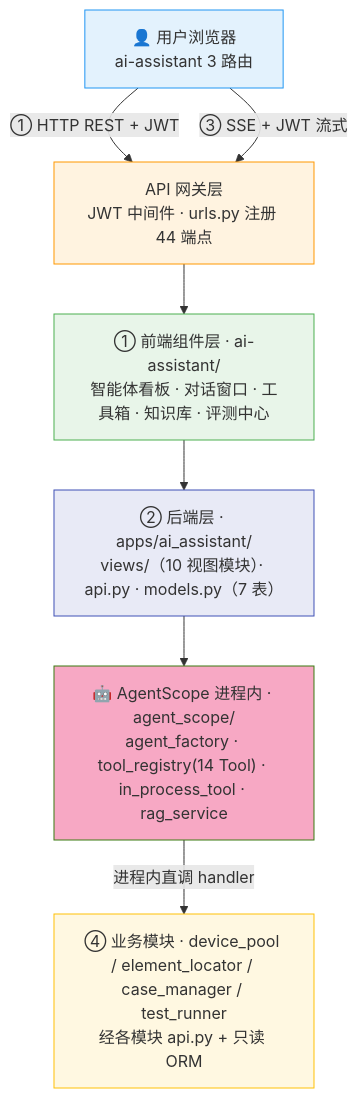
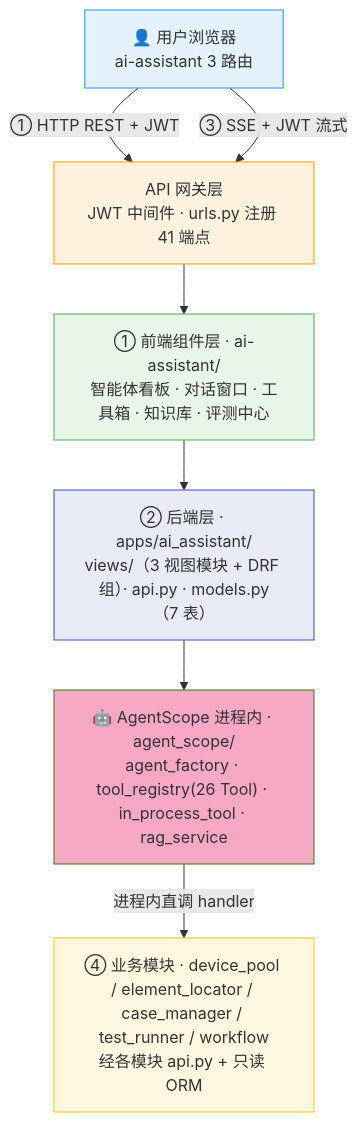
Before and after one commit to Kahoku-lazy/Android-AutoTests: the first of 5 diagrams in dev_docs/03-设计与架构/ARCH-08-AI助手.md, drawn with Mermaid. The commit also changed other lines of this file and 53 other files, not shown here.

````diff
--- a/dev_docs/03-设计与架构/ARCH-08-AI助手.md
+++ b/dev_docs/03-设计与架构/ARCH-08-AI助手.md
@@ -40,22 +40,22 @@
 ```mermaid
 flowchart TD
     U["👤 用户浏览器<br/>ai-assistant 3 路由"]
 
-    U -->|"① HTTP REST + JWT"| GATEWAY["API 网关层<br/>JWT 中间件 · urls.py 注册 44 端点"]
+    U -->|"① HTTP REST + JWT"| GATEWAY["API 网关层<br/>JWT 中间件 · urls.py 注册 41 端点"]
     U -->|"③ SSE + JWT 流式"| GATEWAY
 
     GATEWAY --> V["① 前端组件层 · ai-assistant/<br/>智能体看板 · 对话窗口 · 工具箱 · 知识库 · 评测中心"]
 
-    V --> L2["② 后端层 · apps/ai_assistant/<br/>views/（10 视图模块）· api.py · models.py（7 表）"]
+    V --> BE["② 后端层 · apps/ai_assistant/<br/>views/（3 视图模块 + DRF 组）· api.py · models.py（7 表）"]
 
-    L2 --> AS["🤖 AgentScope 进程内 · agent_scope/<br/>agent_factory · tool_registry(14 Tool) · in_process_tool · rag_service"]
+    BE --> AS["🤖 AgentScope 进程内 · agent_scope/<br/>agent_factory · tool_registry(26 Tool) · in_process_tool · rag_service"]
 
-    AS -->|"进程内直调 handler"| BIZ["④ 业务模块 · device_pool / element_locator / case_manager / test_runner<br/>经各模块 api.py + 只读 ORM"]
+    AS -->|"进程内直调 handler"| BIZ["④ 业务模块 · device_pool / element_locator / case_manager / test_runner / workflow<br/>经各模块 api.py + 只读 ORM"]
 
     style U fill:#e3f2fd,stroke:#2196f3
     style GATEWAY fill:#fff3e0,stroke:#ff9800
     style V fill:#e8f5e9,stroke:#4caf50
-    style L2 fill:#e8eaf6,stroke:#3f51b5
+    style BE fill:#e8eaf6,stroke:#3f51b5
     style AS fill:#f7a8c4,stroke:#3a7a10
     style BIZ fill:#fff8e1,stroke:#ffc107
 ```
````
